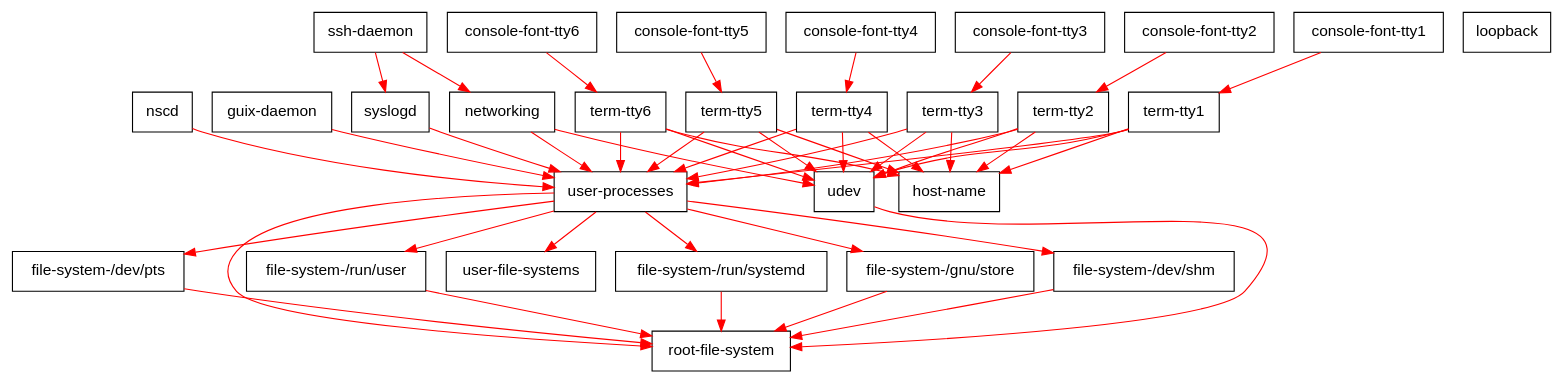
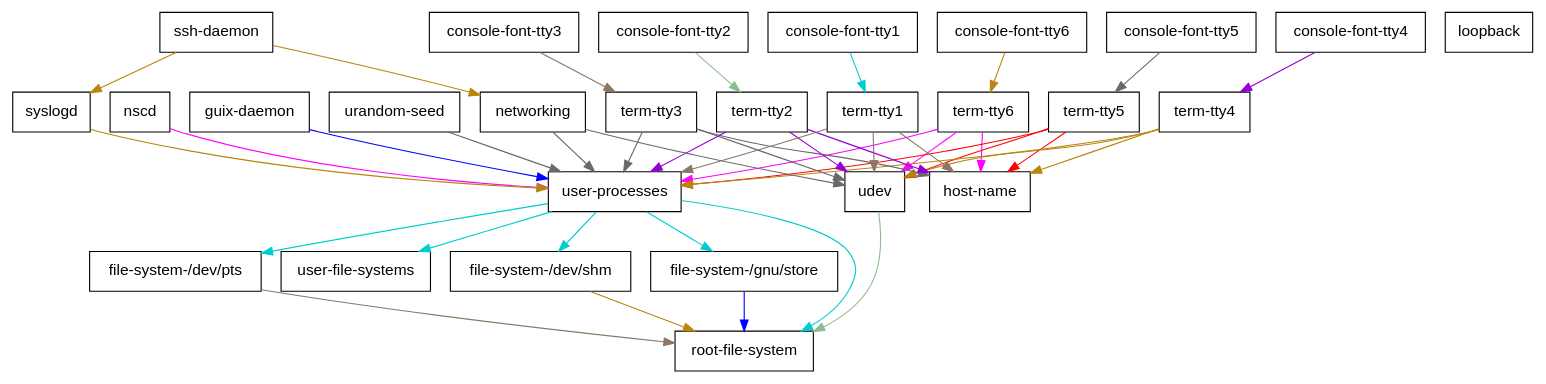
One commit to guix-mirror/guix changed the diagram in doc/images/shepherd-graph.dot. Above: the diagram before and after it, drawn with Graphviz. The commit also changed 3 other files, not shown here.

First line of the commit message:
doc: Update dot graphs.

```diff
--- a/doc/images/shepherd-graph.dot
+++ b/doc/images/shepherd-graph.dot
@@ -1,75 +1,71 @@
 digraph "Guix shepherd-service" {
   "user-file-systems" [label = "user-file-systems", shape = box, fontname = Helvetica];
-  "user-processes" -> "user-file-systems" [color = red];
+  "user-processes" -> "user-file-systems" [color = cyan3];
   "user-processes" [label = "user-processes", shape = box, fontname = Helvetica];
-  "nscd" -> "user-processes" [color = red];
-  "guix-daemon" -> "user-processes" [color = red];
-  "syslogd" -> "user-processes" [color = red];
-  "term-tty6" -> "user-processes" [color = red];
+  "nscd" -> "user-processes" [color = magenta];
+  "guix-daemon" -> "user-processes" [color = blue];
+  "urandom-seed" -> "user-processes" [color = dimgrey];
+  "syslogd" -> "user-processes" [color = darkgoldenrod];
+  "term-tty6" -> "user-processes" [color = magenta];
   "term-tty5" -> "user-processes" [color = red];
-  "term-tty4" -> "user-processes" [color = red];
-  "term-tty3" -> "user-processes" [color = red];
-  "term-tty2" -> "user-processes" [color = red];
-  "term-tty1" -> "user-processes" [color = red];
-  "networking" -> "user-processes" [color = red];
+  "term-tty4" -> "user-processes" [color = darkgoldenrod];
+  "term-tty3" -> "user-processes" [color = dimgrey];
+  "term-tty2" -> "user-processes" [color = darkviolet];
+  "term-tty1" -> "user-processes" [color = peachpuff4];
+  "networking" -> "user-processes" [color = dimgrey];
   "nscd" [label = "nscd", shape = box, fontname = Helvetica];
   "guix-daemon" [label = "guix-daemon", shape = box, fontname = Helvetica];
+  "urandom-seed" [label = "urandom-seed", shape = box, fontname = Helvetica];
   "syslogd" [label = "syslogd", shape = box, fontname = Helvetica];
-  "ssh-daemon" -> "syslogd" [color = red];
+  "ssh-daemon" -> "syslogd" [color = darkgoldenrod];
   "ssh-daemon" [label = "ssh-daemon", shape = box, fontname = Helvetica];
   "term-tty6" [label = "term-tty6", shape = box, fontname = Helvetica];
-  "console-font-tty6" -> "term-tty6" [color = red];
+  "console-font-tty6" -> "term-tty6" [color = darkgoldenrod];
   "console-font-tty6" [label = "console-font-tty6", shape = box, fontname = Helvetica];
   "term-tty5" [label = "term-tty5", shape = box, fontname = Helvetica];
-  "console-font-tty5" -> "term-tty5" [color = red];
+  "console-font-tty5" -> "term-tty5" [color = dimgrey];
   "console-font-tty5" [label = "console-font-tty5", shape = box, fontname = Helvetica];
   "term-tty4" [label = "term-tty4", shape = box, fontname = Helvetica];
-  "console-font-tty4" -> "term-tty4" [color = red];
+  "console-font-tty4" -> "term-tty4" [color = darkviolet];
   "console-font-tty4" [label = "console-font-tty4", shape = box, fontname = Helvetica];
   "term-tty3" [label = "term-tty3", shape = box, fontname = Helvetica];
-  "console-font-tty3" -> "term-tty3" [color = red];
+  "console-font-tty3" -> "term-tty3" [color = peachpuff4];
   "console-font-tty3" [label = "console-font-tty3", shape = box, fontname = Helvetica];
   "term-tty2" [label = "term-tty2", shape = box, fontname = Helvetica];
-  "console-font-tty2" -> "term-tty2" [color = red];
+  "console-font-tty2" -> "term-tty2" [color = darkseagreen];
   "console-font-tty2" [label = "console-font-tty2", shape = box, fontname = Helvetica];
   "term-tty1" [label = "term-tty1", shape = box, fontname = Helvetica];
-  "console-font-tty1" -> "term-tty1" [color = red];
+  "console-font-tty1" -> "term-tty1" [color = cyan3];
   "console-font-tty1" [label = "console-font-tty1", shape = box, fontname = Helvetica];
   "networking" [label = "networking", shape = box, fontname = Helvetica];
-  "ssh-daemon" -> "networking" [color = red];
+  "ssh-daemon" -> "networking" [color = darkgoldenrod];
   "root-file-system" [label = "root-file-system", shape = box, fontname = Helvetica];
-  "file-system-/run/user" -> "root-file-system" [color = red];
-  "file-system-/run/systemd" -> "root-file-system" [color = red];
-  "file-system-/gnu/store" -> "root-file-system" [color = red];
-  "file-system-/dev/shm" -> "root-file-system" [color = red];
-  "file-system-/dev/pts" -> "root-file-system" [color = red];
-  "user-processes" -> "root-file-system" [color = red];
-  "udev" -> "root-file-system" [color = red];
-  "file-system-/run/user" [label = "file-system-/run/user", shape = box, fontname = Helvetica];
-  "user-processes" -> "file-system-/run/user" [color = red];
-  "file-system-/run/systemd" [label = "file-system-/run/systemd", shape = box, fontname = Helvetica];
-  "user-processes" -> "file-system-/run/systemd" [color = red];
+  "file-system-/dev/pts" -> "root-file-system" [color = peachpuff4];
+  "file-system-/dev/shm" -> "root-file-system" [color = darkgoldenrod];
+  "file-system-/gnu/store" -> "root-file-system" [color = blue];
+  "user-processes" -> "root-file-system" [color = cyan3];
+  "udev" -> "root-file-system" [color = darkseagreen];
+  "file-system-/dev/pts" [label = "file-system-/dev/pts", shape = box, fontname = Helvetica];
+  "user-processes" -> "file-system-/dev/pts" [color = cyan3];
+  "file-system-/dev/shm" [label = "file-system-/dev/shm", shape = box, fontname = Helvetica];
+  "user-processes" -> "file-system-/dev/shm" [color = cyan3];
   "file-system-/gnu/store" [label = "file-system-/gnu/store", shape = box, fontname = Helvetica];
-  "user-processes" -> "file-system-/gnu/store" [color = red];
-  "file-system-/dev/shm" [label = "file-system-/dev/shm", shape = box, fontname = Helvetica];
-  "user-processes" -> "file-system-/dev/shm" [color = red];
-  "file-system-/dev/pts" [label = "file-system-/dev/pts", shape = box, fontname = Helvetica];
-  "user-processes" -> "file-system-/dev/pts" [color = red];
+  "user-processes" -> "file-system-/gnu/store" [color = cyan3];
   "udev" [label = "udev", shape = box, fontname = Helvetica];
-  "term-tty6" -> "udev" [color = red];
+  "term-tty6" -> "udev" [color = magenta];
   "term-tty5" -> "udev" [color = red];
-  "term-tty4" -> "udev" [color = red];
-  "term-tty3" -> "udev" [color = red];
-  "term-tty2" -> "udev" [color = red];
-  "term-tty1" -> "udev" [color = red];
-  "networking" -> "udev" [color = red];
+  "term-tty4" -> "udev" [color = darkgoldenrod];
+  "term-tty3" -> "udev" [color = dimgrey];
+  "term-tty2" -> "udev" [color = darkviolet];
+  "term-tty1" -> "udev" [color = peachpuff4];
+  "networking" -> "udev" [color = dimgrey];
   "host-name" [label = "host-name", shape = box, fontname = Helvetica];
-  "term-tty6" -> "host-name" [color = red];
+  "term-tty6" -> "host-name" [color = magenta];
   "term-tty5" -> "host-name" [color = red];
-  "term-tty4" -> "host-name" [color = red];
-  "term-tty3" -> "host-name" [color = red];
-  "term-tty2" -> "host-name" [color = red];
-  "term-tty1" -> "host-name" [color = red];
+  "term-tty4" -> "host-name" [color = darkgoldenrod];
+  "term-tty3" -> "host-name" [color = dimgrey];
+  "term-tty2" -> "host-name" [color = darkviolet];
+  "term-tty1" -> "host-name" [color = peachpuff4];
   "loopback" [label = "loopback", shape = box, fontname = Helvetica];
 
 }
```
